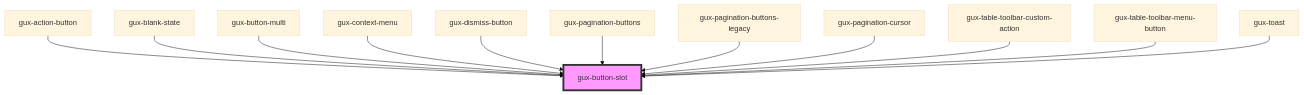
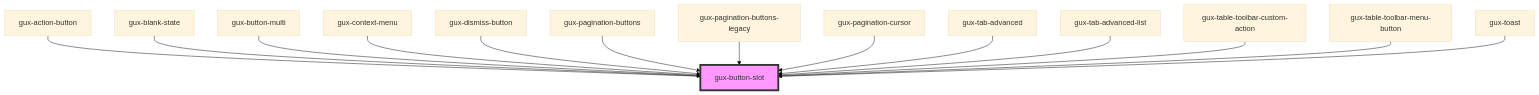
Before and after one commit to MyPureCloud/genesys-spark: the diagram in packages/genesys-spark-components/src/components/stable/gux-button-slot/readme.md, drawn with Mermaid (base theme). The commit also changed other lines of this file and 14 other files, not shown here.

````diff
--- a/packages/genesys-spark-components/src/components/stable/gux-button-slot/readme.md
+++ b/packages/genesys-spark-components/src/components/stable/gux-button-slot/readme.md
@@ -37,15 +39,17 @@
 ```mermaid
 graph TD;
   gux-action-button --> gux-button-slot
   gux-blank-state --> gux-button-slot
   gux-button-multi --> gux-button-slot
   gux-context-menu --> gux-button-slot
   gux-dismiss-button --> gux-button-slot
   gux-pagination-buttons --> gux-button-slot
   gux-pagination-buttons-legacy --> gux-button-slot
   gux-pagination-cursor --> gux-button-slot
+  gux-tab-advanced --> gux-button-slot
+  gux-tab-advanced-list --> gux-button-slot
   gux-table-toolbar-custom-action --> gux-button-slot
   gux-table-toolbar-menu-button --> gux-button-slot
   gux-toast --> gux-button-slot
   style gux-button-slot fill:#f9f,stroke:#333,stroke-width:4px
 ```
````
